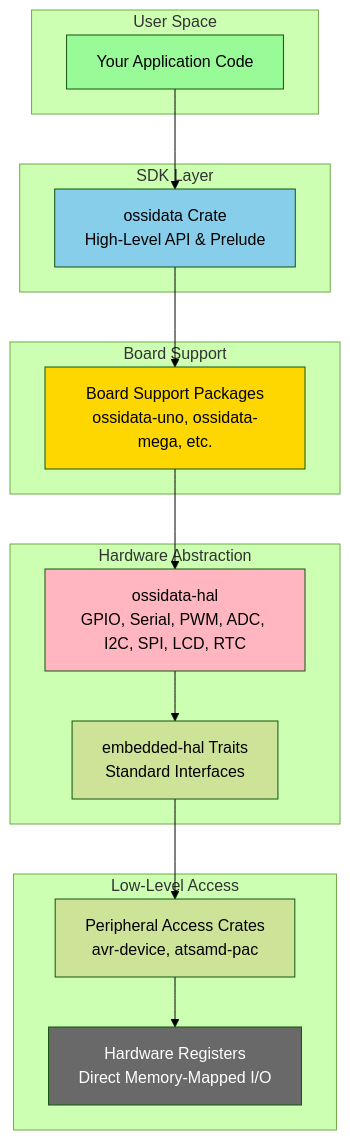
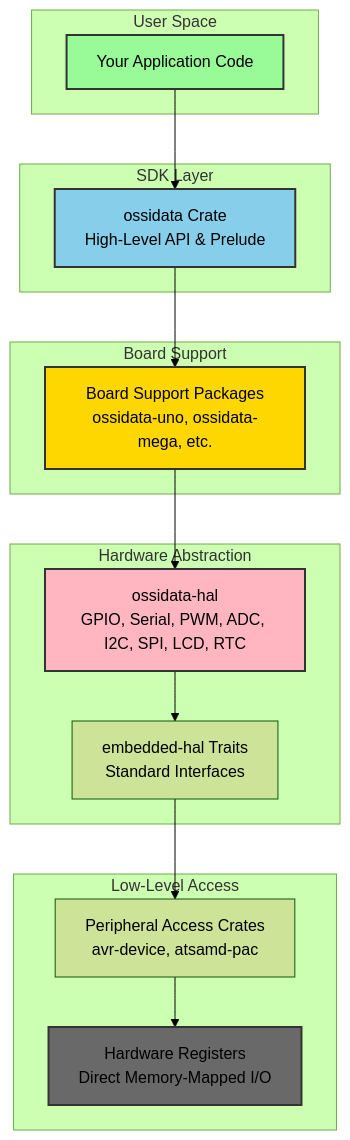
Before and after one commit to ScopeCreep-zip/ossidata: the first of 11 diagrams in docs/ARCHITECTURE.md, drawn with Mermaid (forest theme). The commit also changed other lines of this file and 4 other files, not shown here.

Commit message:
Update to mermaid diagrams to be more readable

````diff
--- a/docs/ARCHITECTURE.md
+++ b/docs/ARCHITECTURE.md
@@ -30,37 +30,37 @@
 ```mermaid
 graph TB
     subgraph "User Space"
         A[Your Application Code]
     end
 
     subgraph "SDK Layer"
         B[ossidata Crate<br/>High-Level API & Prelude]
     end
 
     subgraph "Board Support"
         C[Board Support Packages<br/>ossidata-uno, ossidata-mega, etc.]
     end
 
     subgraph "Hardware Abstraction"
         D[ossidata-hal<br/>GPIO, Serial, PWM, ADC, I2C, SPI, LCD, RTC]
         E[embedded-hal Traits<br/>Standard Interfaces]
     end
 
     subgraph "Low-Level Access"
         F[Peripheral Access Crates<br/>avr-device, atsamd-pac]
         G[Hardware Registers<br/>Direct Memory-Mapped I/O]
     end
 
     A --> B
     B --> C
     C --> D
     D --> E
     E --> F
     F --> G
 
-    style A fill:#98FB98
-    style B fill:#87CEEB
-    style C fill:#FFD700
-    style D fill:#FFB6C1
-    style G fill:#696969,color:#FFF
+    style A fill:#98FB98,stroke:#333,stroke-width:2px,color:#000
+    style B fill:#87CEEB,stroke:#333,stroke-width:2px,color:#000
+    style C fill:#FFD700,stroke:#333,stroke-width:2px,color:#000
+    style D fill:#FFB6C1,stroke:#333,stroke-width:2px,color:#000
+    style G fill:#696969,stroke:#333,stroke-width:2px,color:#000
 ```
````
